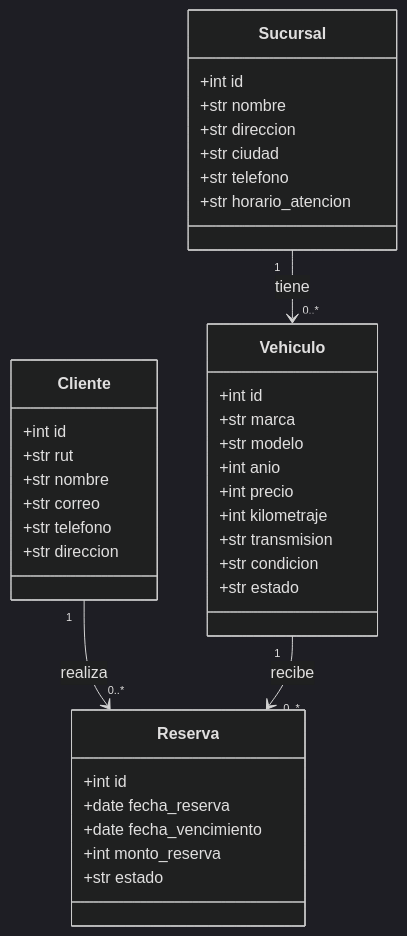
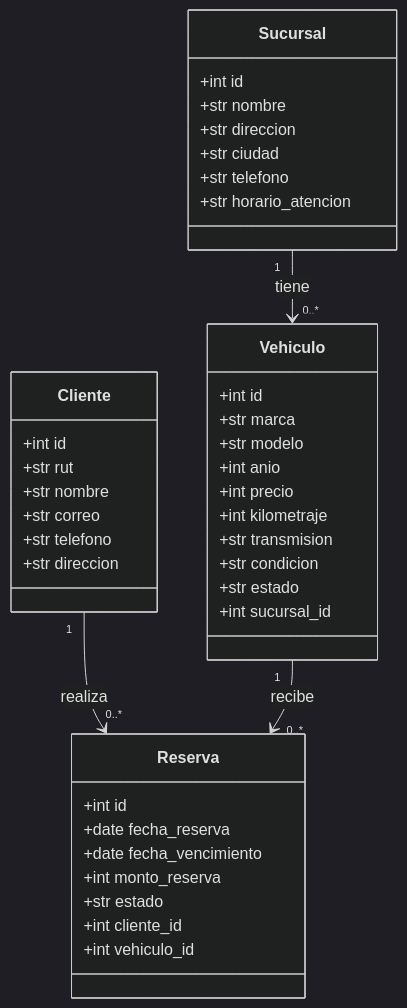
Before and after one commit to PieroSotoUCT/backend-2026-concesionaria-api: the first of 2 diagrams in docs/diagramas.md, drawn with Mermaid (dark theme). The commit also changed other lines of this file and 9 other files, not shown here.

````diff
--- a/docs/diagramas.md
+++ b/docs/diagramas.md
@@ -5,44 +7,47 @@
 ```mermaid
 classDiagram
     class Cliente {
         +int id
         +str rut
         +str nombre
         +str correo
         +str telefono
         +str direccion
     }
 
     class Sucursal {
         +int id
         +str nombre
         +str direccion
         +str ciudad
         +str telefono
         +str horario_atencion
     }
 
     class Vehiculo {
         +int id
         +str marca
         +str modelo
         +int anio
         +int precio
         +int kilometraje
         +str transmision
         +str condicion
         +str estado
+        +int sucursal_id
     }
 
     class Reserva {
         +int id
         +date fecha_reserva
         +date fecha_vencimiento
         +int monto_reserva
         +str estado
+        +int cliente_id
+        +int vehiculo_id
     }
 
     Sucursal "1" --> "0..*" Vehiculo : tiene
     Cliente "1" --> "0..*" Reserva : realiza
     Vehiculo "1" --> "0..*" Reserva : recibe
 ```
````
